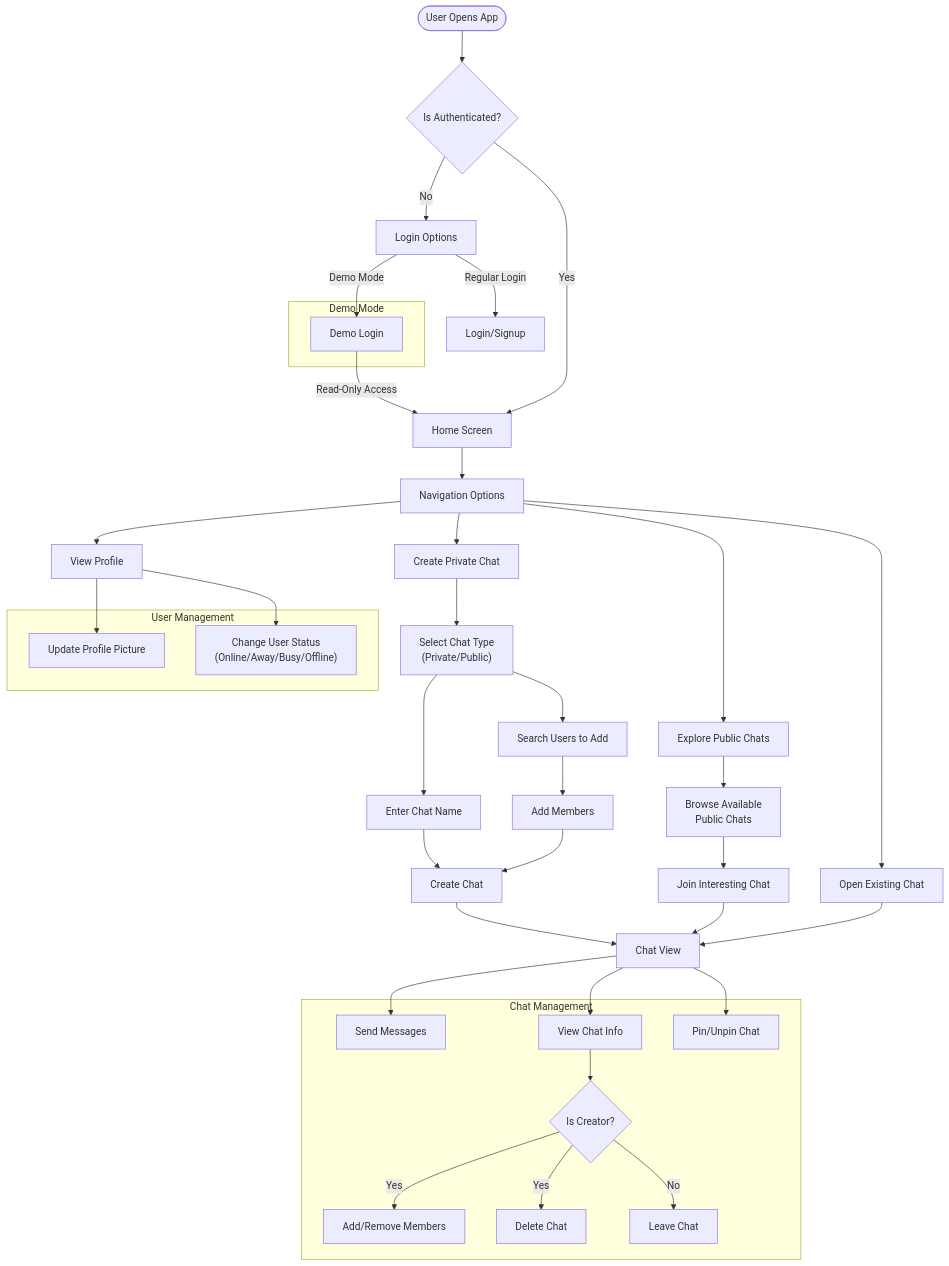
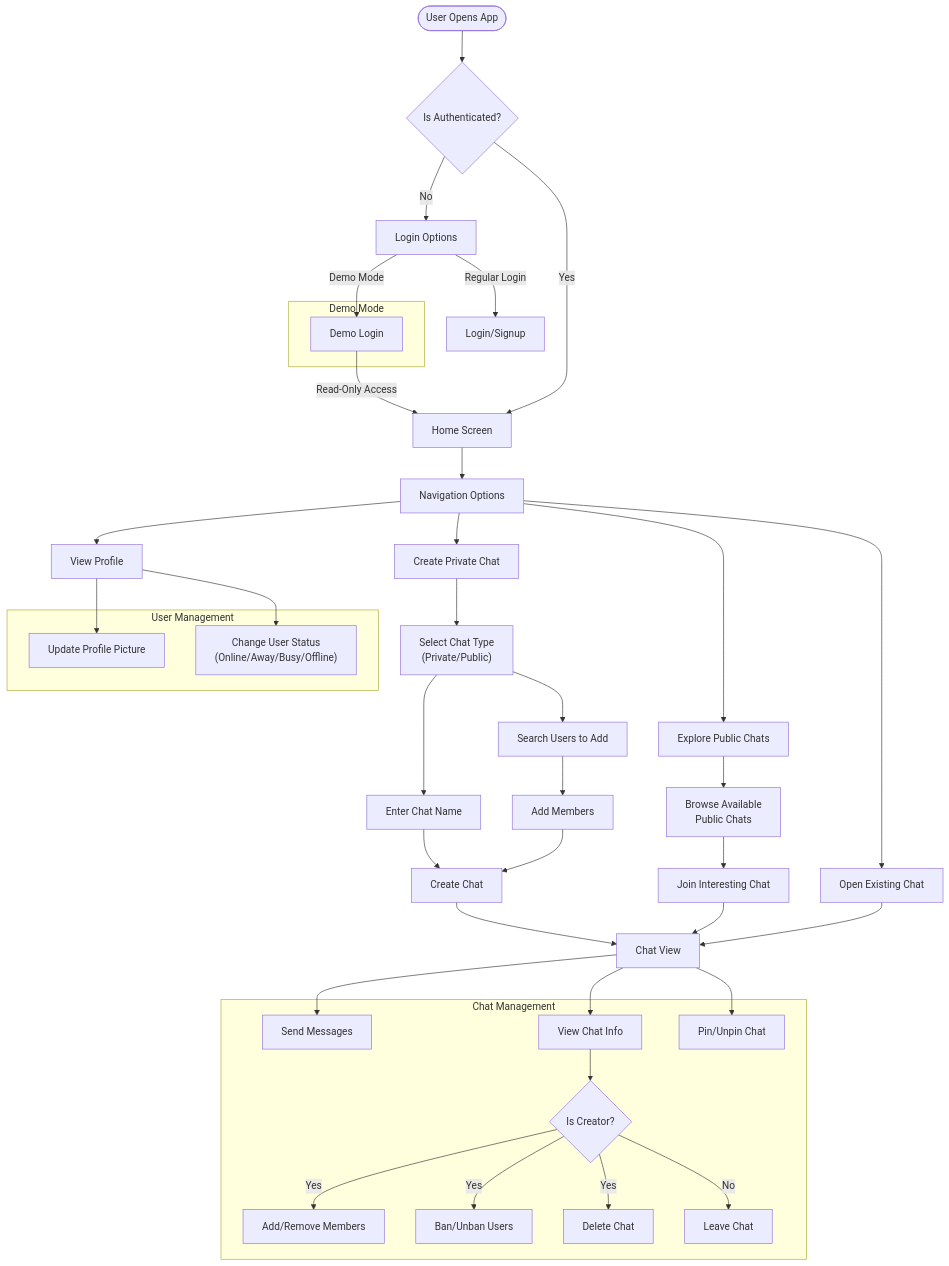
One commit to aniketdebnath/apollo-chat changed the diagram in docs/frontend/features.md. Above: the diagram before and after it, drawn with Mermaid. The commit also changed other lines of this file and 46 other files, not shown here.

Commit message:
ban/unban users implementend in chats-backend, gql schema changed, hooks and components for ban/unban added to frontend, useGetChat cache updated to cache-and-network, docs updated,mobile ui for cookie-consent polished, Chat/ChatInfo component refactored

````diff
--- a/docs/frontend/features.md
+++ b/docs/frontend/features.md
@@ -9,61 +9,63 @@
 ```mermaid
     graph TD
         Start(["User Opens App"]) --> Auth{"Is Authenticated?"}
         Auth -->|No| LoginOptions["Login Options"]
         LoginOptions -->|Regular Login| Login["Login/Signup"]
         LoginOptions -->|Demo Mode| DemoLogin["Demo Login"]
         DemoLogin -->|Read-Only Access| Home
         Auth -->|Yes| Home["Home Screen"]
 
         Home --> Navigation["Navigation Options"]
 
         Navigation --> CreatePrivateChat["Create Private Chat"]
         Navigation --> ExplorePublicChats["Explore Public Chats"]
         Navigation --> ViewProfile["View Profile"]
         Navigation --> OpenExistingChat["Open Existing Chat"]
 
         CreatePrivateChat --> SelectChatType["Select Chat Type<br/>(Private/Public)"]
         SelectChatType --> EnterChatName["Enter Chat Name"]
         SelectChatType --> SearchUsers["Search Users to Add"]
         SearchUsers --> AddMembers["Add Members"]
         EnterChatName --> CreateChat["Create Chat"]
         AddMembers --> CreateChat
         CreateChat --> ChatView["Chat View"]
 
         ExplorePublicChats --> BrowsePublicChats["Browse Available<br/>Public Chats"]
         BrowsePublicChats --> JoinChat["Join Interesting Chat"]
         JoinChat --> ChatView
 
         ViewProfile --> UpdateAvatar["Update Profile Picture"]
         ViewProfile --> ChangeStatus["Change User Status<br/>(Online/Away/Busy/Offline)"]
 
         OpenExistingChat --> ChatView
 
         ChatView --> SendMessages["Send Messages"]
         ChatView --> ViewChatInfo["View Chat Info"]
         ChatView --> TogglePin["Pin/Unpin Chat"]
 
         ViewChatInfo --> ManageMembers{"Is Creator?"}
         ManageMembers -->|Yes| AddRemoveMembers["Add/Remove Members"]
+        ManageMembers -->|Yes| ManageBans["Ban/Unban Users"]
         ManageMembers -->|Yes| DeleteChat["Delete Chat"]
         ManageMembers -->|No| LeaveChat["Leave Chat"]
 
         subgraph "Chat Management"
             SendMessages
             ViewChatInfo
             TogglePin
             ManageMembers
             AddRemoveMembers
+            ManageBans
             DeleteChat
             LeaveChat
         end
 
         subgraph "User Management"
             UpdateAvatar
             ChangeStatus
         end
 
         subgraph "Demo Mode"
             DemoLogin
         end
 ```
````
